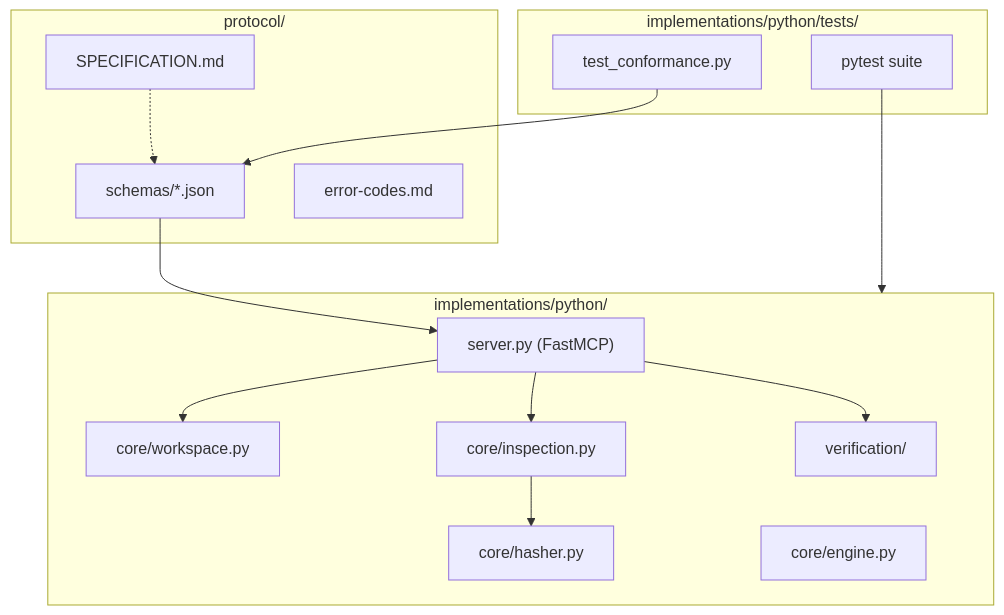
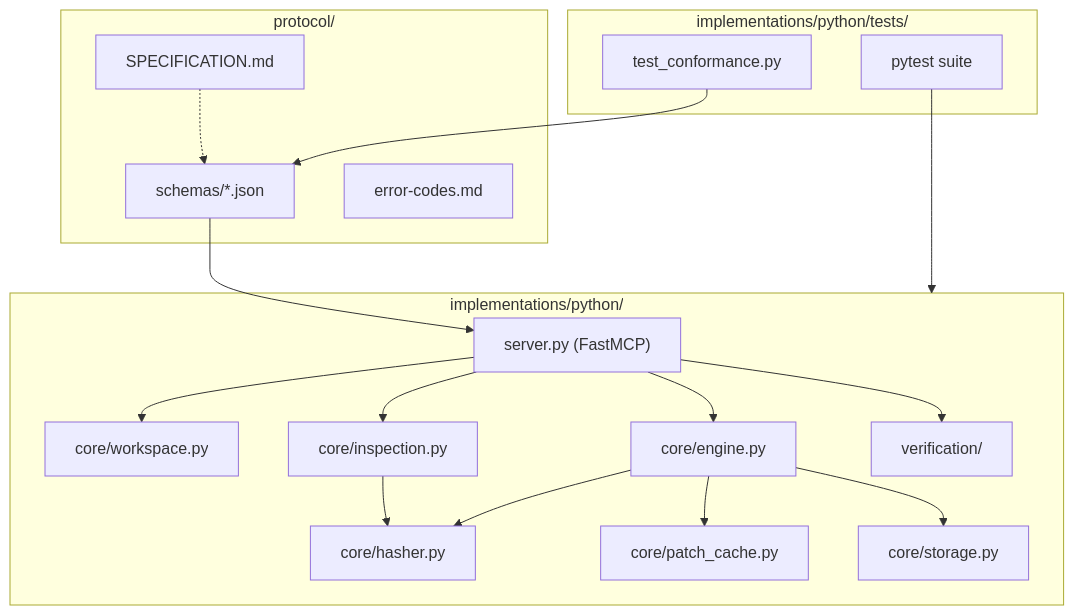
One commit to korakotlee/CEMP changed the diagram in AGENTS.md. Above: the diagram before and after it, drawn with Mermaid. The commit also changed other lines of this file and 7 other files, not shown here.

````diff
--- a/AGENTS.md
+++ b/AGENTS.md
@@ -31,31 +30,37 @@
 ```mermaid
 flowchart TD
     subgraph Protocol ["protocol/"]
         Spec["SPECIFICATION.md"]
         Schemas["schemas/*.json"]
         Errors["error-codes.md"]
     end
 
     subgraph Implementation ["implementations/python/"]
         Server["server.py (FastMCP)"]
         CoreWorkspace["core/workspace.py"]
         CoreHasher["core/hasher.py"]
         CoreEngine["core/engine.py"]
         CoreInspection["core/inspection.py"]
+        CorePatchCache["core/patch_cache.py"]
+        CoreStorage["core/storage.py"]
         Verification["verification/"]
     end
 
     subgraph Tests ["implementations/python/tests/"]
         PyTests["pytest suite"]
         Conformance["test_conformance.py"]
     end
 
     Spec -.-> Schemas
     Schemas --> Server
     Server --> CoreWorkspace
     Server --> CoreInspection
+    Server --> CoreEngine
     CoreInspection --> CoreHasher
+    CoreEngine --> CorePatchCache
+    CoreEngine --> CoreStorage
+    CoreEngine --> CoreHasher
     Server --> Verification
     PyTests --> Implementation
     Conformance --> Schemas
 ```
````
